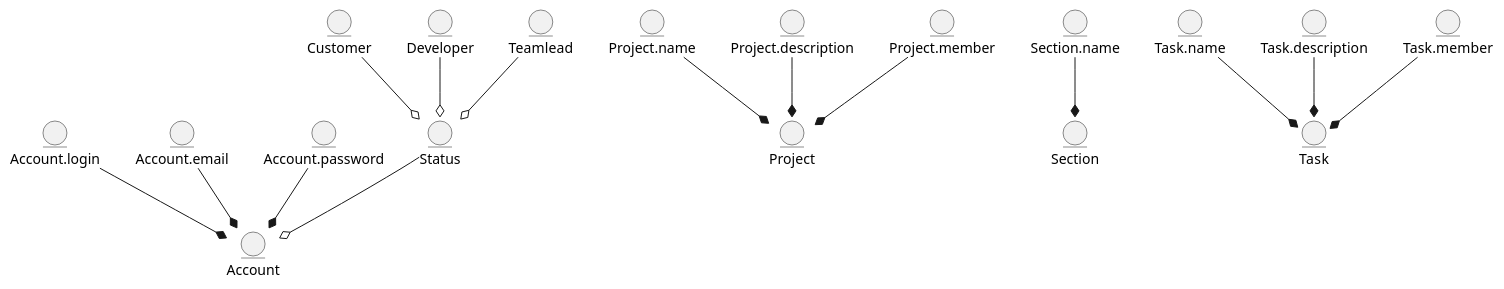
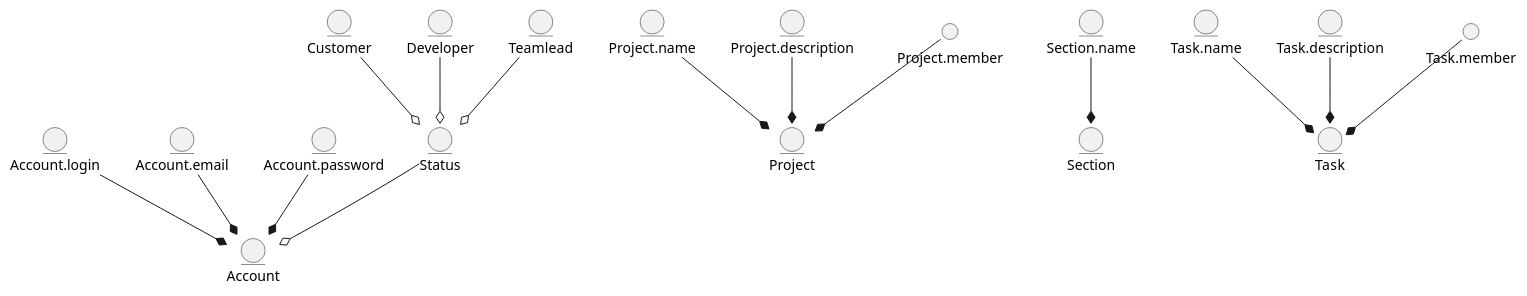
One commit to boldak/edu-db-cw changed the diagram in docs/design/README.md. Above: the diagram before and after it, drawn with PlantUML.

Commit message:
some changes

```diff
--- a/docs/design/README.md
+++ b/docs/design/README.md
@@ -15,47 +15,45 @@
 @startuml
 
     entity Account
     entity Account.login
     entity Account.email
     entity Account.password
 
     entity Customer
     entity Developer
     entity Teamlead
 
     entity Status
 
     entity Project
     entity Project.name
     entity Project.description
-    entity Project.member
 
     entity Section
     entity Section.name
 
     entity Task
     entity Task.name
     entity Task.description
-    entity Task.member
 
     Account.login --* Account
     Account.email --* Account
     Account.password --* Account
 
     Customer --o Status
     Developer --o Status
     Teamlead --o Status
 
     Status --o Account
 
     Project.name --* Project
     Project.description --* Project
     Project.member --* Project
 
     Section.name --* Section
 
     Task.name --* Task
     Task.description --* Task
     Task.member --* Task
 
 @enduml
```
